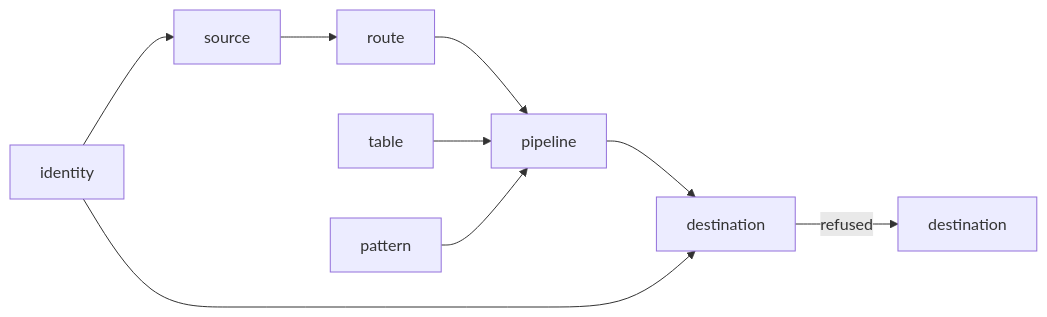
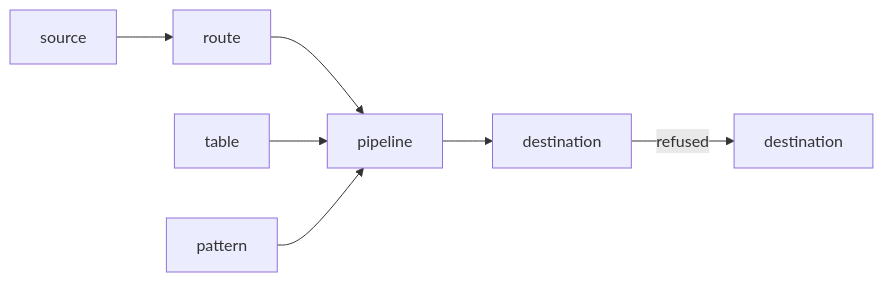
The sixth of 6 diagrams in docs/gui-design.md (smeltr-sh/smeltr), drawn with Mermaid before and after one commit. The commit also changed 4 other files, not shown here.

````diff
--- a/docs/gui-design.md
+++ b/docs/gui-design.md
@@ -497,8 +497,6 @@
 ```mermaid
 flowchart LR
   source --> route --> pipeline --> destination -- refused --> destination2[destination]
   table --> pipeline
   pattern --> pipeline
-  identity --> source
-  identity --> destination
 ```
````
